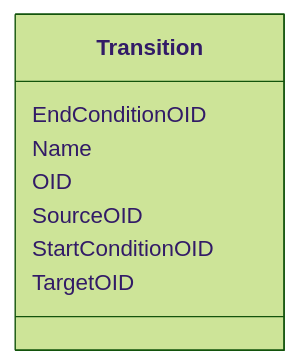
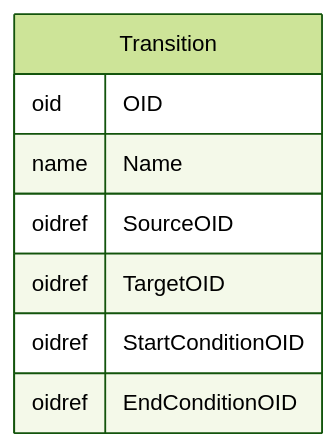
One commit to cdisc-org/DataExchange-ODM-LinkML changed the diagram in docs/Transition.md. Above: the diagram before and after it, drawn with Mermaid (forest theme). The commit also changed other lines of this file and 181 other files, not shown here.

Commit message:
ER diagrams working via templates and removing names with underscores

````diff
--- a/docs/Transition.md
+++ b/docs/Transition.md
@@ -14,17 +11,14 @@
 ```mermaid
- classDiagram
-    class Transition
-      Transition : EndConditionOID
-        
-      Transition : Name
-        
-      Transition : OID
-        
-      Transition : SourceOID
-        
-      Transition : StartConditionOID
-        
-      Transition : TargetOID
-        
-      
+erDiagram
+Transition {
+    oid OID  
+    name Name  
+    oidref SourceOID  
+    oidref TargetOID  
+    oidref StartConditionOID  
+    oidref EndConditionOID  
+}
+
+
+
 ```
````
